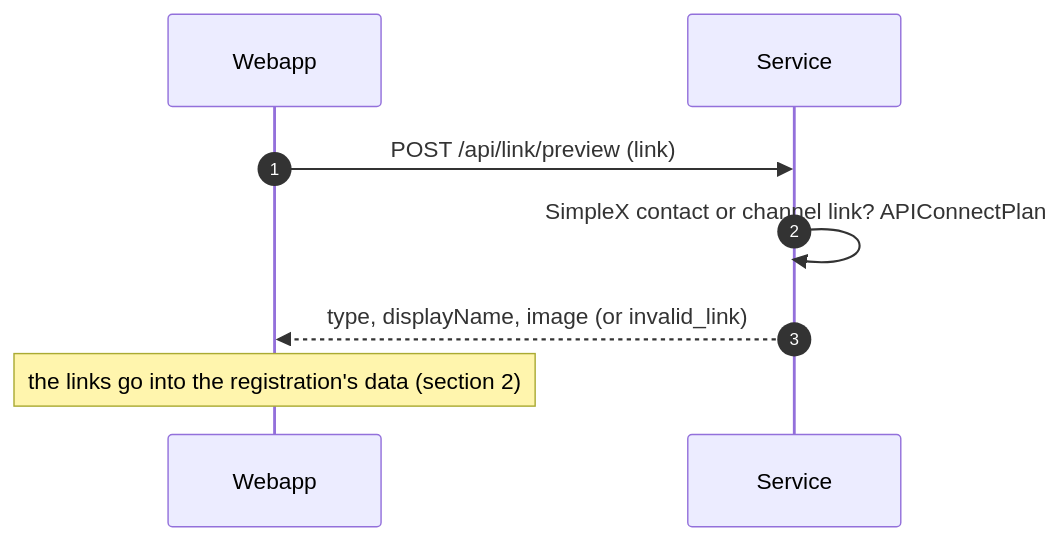
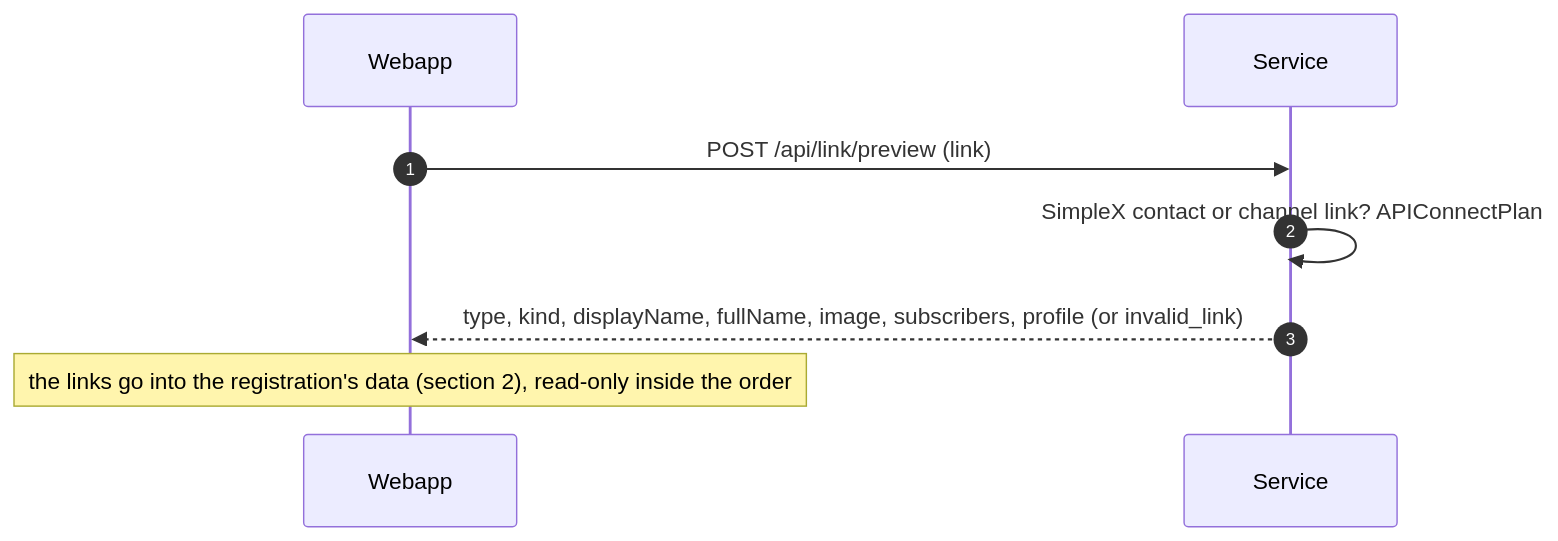
Before and after one commit to simplex-chat/simplex-chat: diagram 17 of 20 in plans/names-codes/2026-10-13-names-sequence.md, drawn with Mermaid. The commit also changed other lines of this file and 2 other files, not shown here.

````diff
--- a/plans/names-codes/2026-10-13-names-sequence.md
+++ b/plans/names-codes/2026-10-13-names-sequence.md
@@ -636,10 +636,10 @@
 ```mermaid
 sequenceDiagram
   autonumber
   participant W as Webapp
   participant S as Service
   W->>S: POST /api/link/preview (link)
   S->>S: SimpleX contact or channel link? APIConnectPlan
-  S-->>W: type, displayName, image (or invalid_link)
-  Note over W: the links go into the registration's data (section 2)
+  S-->>W: type, kind, displayName, fullName, image, subscribers, profile (or invalid_link)
+  Note over W: the links go into the registration's data (section 2), read-only inside the order
 ```
````
